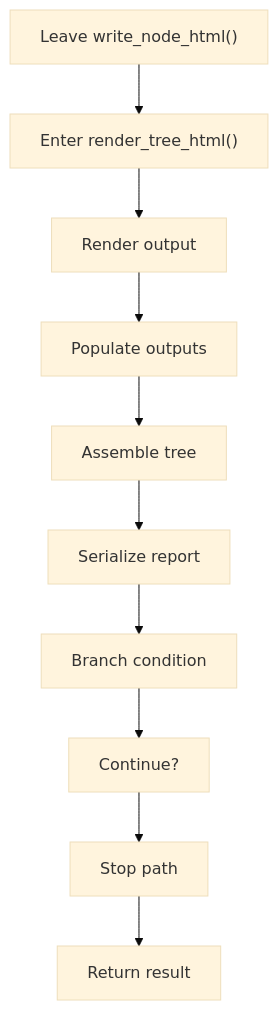
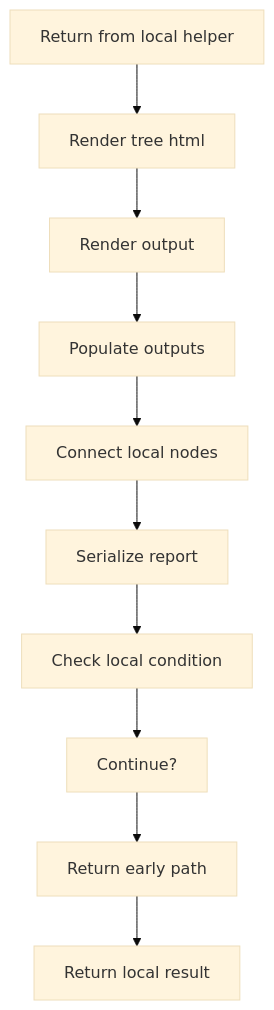
One commit to JohnAndrewBalbarosa/NeoTerritory changed the third of 9 diagrams in docs/Codebase/Microservice/Modules/Source/OutputGeneration/Render/tree_html_renderer.cpp.md. Above: the diagram before and after it, drawn with Mermaid (base theme). The commit also changed other lines of this file and 925 other files, not shown here.

````diff
--- a/docs/Codebase/Microservice/Modules/Source/OutputGeneration/Render/tree_html_renderer.cpp.md
+++ b/docs/Codebase/Microservice/Modules/Source/OutputGeneration/Render/tree_html_renderer.cpp.md
@@ -82,22 +81,22 @@
 ```mermaid
 flowchart TD
-    N0["Leave write_node_html()"]
-    N1["Enter render_tree_html()"]
+    N0["Return from local helper"]
+    N1["Render tree html"]
     N2["Render output"]
     N3["Populate outputs"]
-    N4["Assemble tree"]
+    N4["Connect local nodes"]
     N5["Serialize report"]
-    N6["Branch condition"]
+    N6["Check local condition"]
     N7["Continue?"]
-    N8["Stop path"]
-    N9["Return result"]
+    N8["Return early path"]
+    N9["Return local result"]
     N0 --> N1
     N1 --> N2
     N2 --> N3
     N3 --> N4
     N4 --> N5
     N5 --> N6
     N6 --> N7
     N7 --> N8
     N8 --> N9
 ```
````
